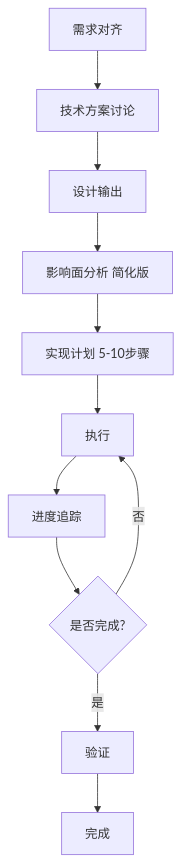
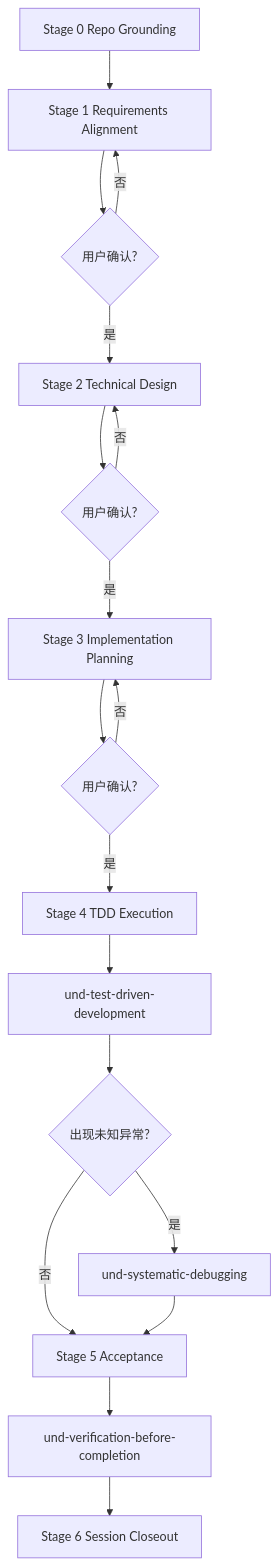
The diagram in skills/complex-task-solver/knowledge/4-route-b-standard-flow.md (UNDaniel-ai/undaniel-skills), drawn with Mermaid before and after one commit. The commit also changed other lines of this file and 63 other files, not shown here.

````diff
--- a/skills/complex-task-solver/knowledge/4-route-b-standard-flow.md
+++ b/skills/complex-task-solver/knowledge/4-route-b-standard-flow.md
@@ -19,13 +9,20 @@
 ```mermaid
 graph TD
-    A[需求对齐] --> B[技术方案讨论]
-    B --> C[设计输出]
-    C --> D[影响面分析 简化版]
-    D --> E[实现计划 5-10步骤]
-    E --> F[执行]
-    F --> G[进度追踪]
-    G --> H{是否完成?}
-    H -->|否| F
-    H -->|是| I[验证]
-    I --> J[完成]
+    A[Stage 0 Repo Grounding] --> B[Stage 1 Requirements Alignment]
+    B --> C{用户确认?}
+    C -->|否| B
+    C -->|是| D[Stage 2 Technical Design]
+    D --> E{用户确认?}
+    E -->|否| D
+    E -->|是| F[Stage 3 Implementation Planning]
+    F --> G{用户确认?}
+    G -->|否| F
+    G -->|是| H[Stage 4 TDD Execution]
+    H --> I[und-test-driven-development]
+    I --> J{出现未知异常?}
+    J -->|是| K[und-systematic-debugging]
+    J -->|否| L[Stage 5 Acceptance]
+    K --> L
+    L --> M[und-verification-before-completion]
+    M --> N[Stage 6 Session Closeout]
 ```
````
